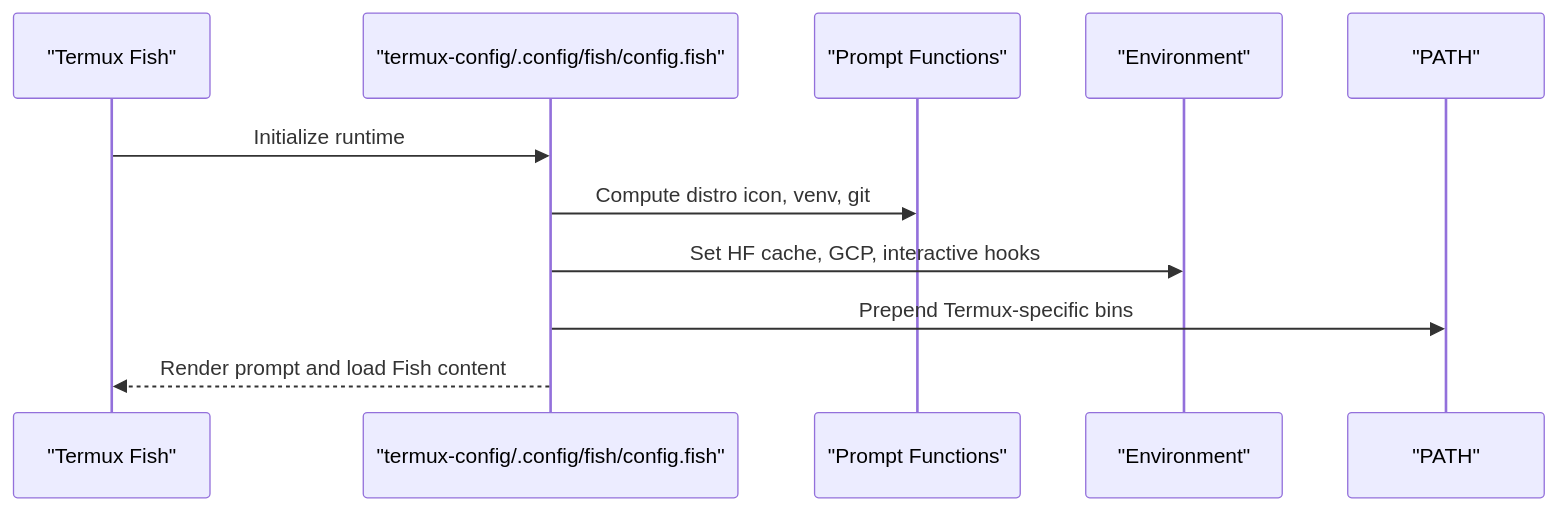
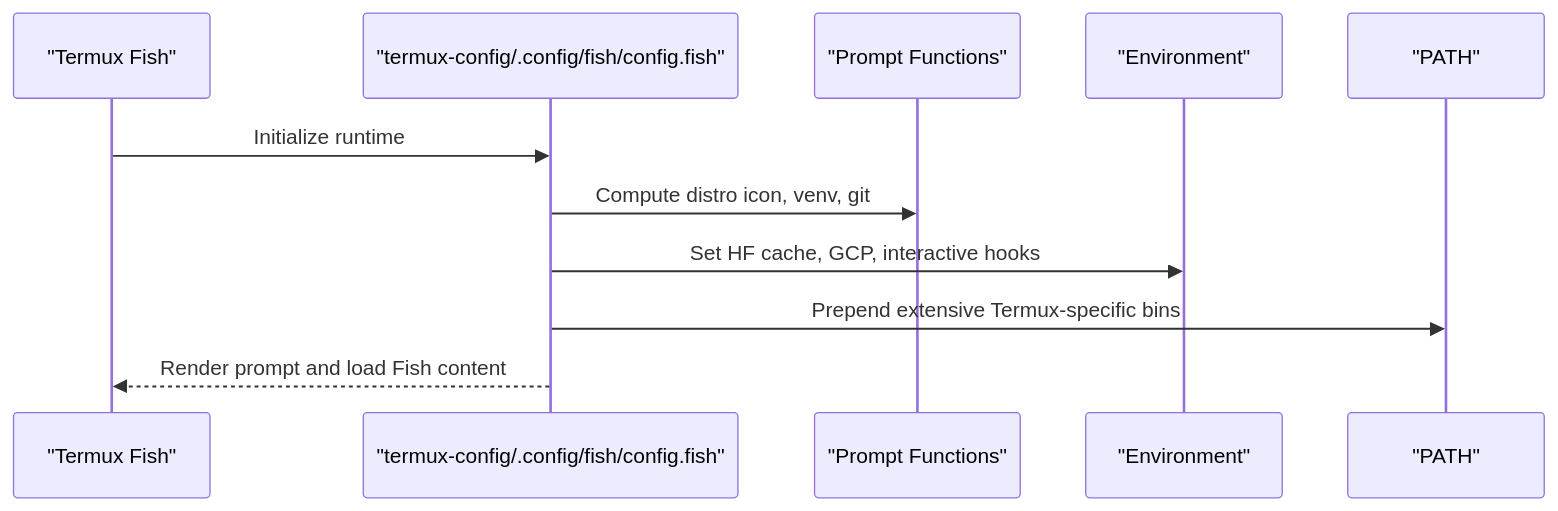
The sixth of 13 diagrams in .qoder/repowiki/en/content/Shell Configurations/Shell Configurations.md (cr8ivecodesmith/dotfiles), drawn with Mermaid before and after one commit. The commit also changed other lines of this file and 5 other files, not shown here.

````diff
--- a/.qoder/repowiki/en/content/Shell Configurations/Shell Configurations.md
+++ b/.qoder/repowiki/en/content/Shell Configurations/Shell Configurations.md
@@ -251,13 +349,13 @@
 ```mermaid
 sequenceDiagram
 participant TFish as "Termux Fish"
 participant TInit as "termux-config/.config/fish/config.fish"
 participant TPrompt as "Prompt Functions"
 participant TEnv as "Environment"
 participant TPATH as "PATH"
 TFish->>TInit : Initialize runtime
 TInit->>TPrompt : Compute distro icon, venv, git
 TInit->>TEnv : Set HF cache, GCP, interactive hooks
-TInit->>TPATH : Prepend Termux-specific bins
+TInit->>TPATH : Prepend extensive Termux-specific bins
 TInit-->>TFish : Render prompt and load Fish content
 ```
````
